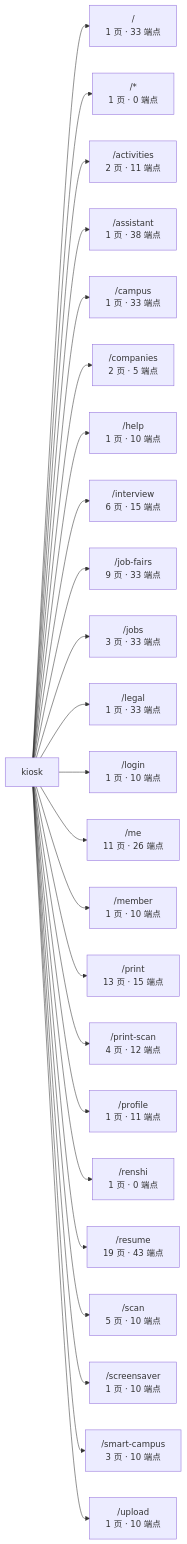
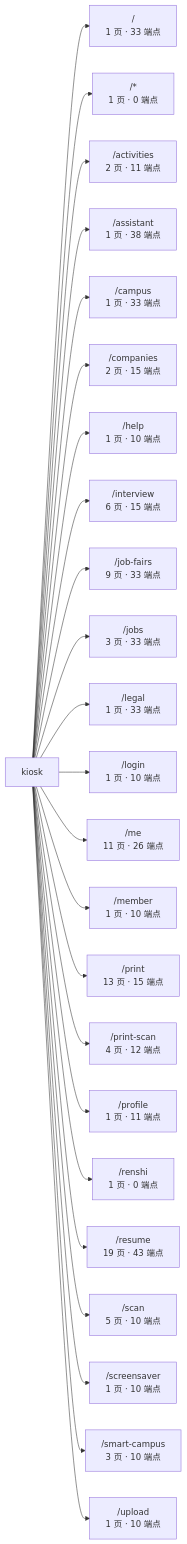
Before and after one commit to wanglei581/YITIJI: the first of 3 diagrams in docs/graph/routes.md, drawn with Mermaid. The commit also changed other lines of this file and 8 other files, not shown here.

````diff
--- a/docs/graph/routes.md
+++ b/docs/graph/routes.md
@@ -17,27 +17,27 @@
 ```mermaid
 flowchart LR
   app["kiosk"]
   app --> _root_["/<br/>1 页 · 33 端点"]
   app --> _["/*<br/>1 页 · 0 端点"]
   app --> activities["/activities<br/>2 页 · 11 端点"]
   app --> assistant["/assistant<br/>1 页 · 38 端点"]
   app --> campus["/campus<br/>1 页 · 33 端点"]
-  app --> companies["/companies<br/>2 页 · 5 端点"]
+  app --> companies["/companies<br/>2 页 · 15 端点"]
   app --> help["/help<br/>1 页 · 10 端点"]
   app --> interview["/interview<br/>6 页 · 15 端点"]
   app --> job_fairs["/job-fairs<br/>9 页 · 33 端点"]
   app --> jobs["/jobs<br/>3 页 · 33 端点"]
   app --> legal["/legal<br/>1 页 · 33 端点"]
   app --> login["/login<br/>1 页 · 10 端点"]
   app --> me["/me<br/>11 页 · 26 端点"]
   app --> member["/member<br/>1 页 · 10 端点"]
   app --> print["/print<br/>13 页 · 15 端点"]
   app --> print_scan["/print-scan<br/>4 页 · 12 端点"]
   app --> profile["/profile<br/>1 页 · 11 端点"]
   app --> renshi["/renshi<br/>1 页 · 0 端点"]
   app --> resume["/resume<br/>19 页 · 43 端点"]
   app --> scan["/scan<br/>5 页 · 10 端点"]
   app --> screensaver["/screensaver<br/>1 页 · 10 端点"]
   app --> smart_campus["/smart-campus<br/>3 页 · 10 端点"]
   app --> upload["/upload<br/>1 页 · 10 端点"]
 ```
````
